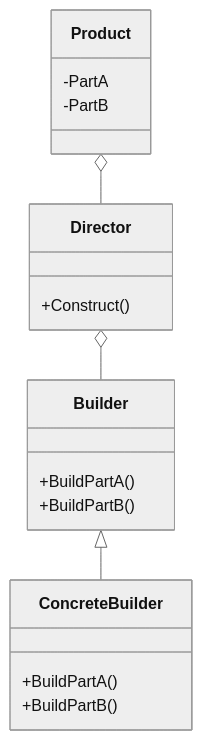
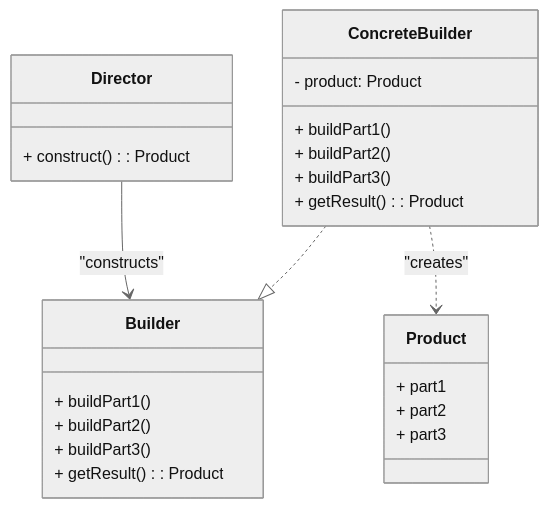
The third of 3 diagrams in Writerside/topics/Builder.md (nguyenphuc22/Design-Patterns), drawn with Mermaid (neutral theme) before and after one commit. The commit also changed other lines of this file and 1 other file, not shown here.

````diff
--- a/Writerside/topics/Builder.md
+++ b/Writerside/topics/Builder.md
@@ -231,28 +208,28 @@
 ```mermaid
 classDiagram
-Direction TB
+  class Director {
+    + construct(): Product
+  }
+  class Builder {
+    + buildPart1()
+    + buildPart2()
+    + buildPart3()
+    + getResult(): Product
+  }
+  class ConcreteBuilder {
+    - product: Product
+    + buildPart1()
+    + buildPart2()
+    + buildPart3()
+    + getResult(): Product
+  }
+  class Product {
+    + part1
+    + part2
+    + part3
+  }
 
-Builder <|-- ConcreteBuilder
-Director o-- Builder
-Product o-- Director
-
-class Director {
-+Construct()
-}
-
-class Builder {
-+BuildPartA()
-+BuildPartB() 
-}
-
-class ConcreteBuilder {
-+BuildPartA()
-+BuildPartB()
-}
-
-class Product {
--PartA
--PartB
-}
-
+  Director --> Builder : "constructs"
+  ConcreteBuilder ..|> Builder
+  ConcreteBuilder ..> Product : "creates"
 ```
````
